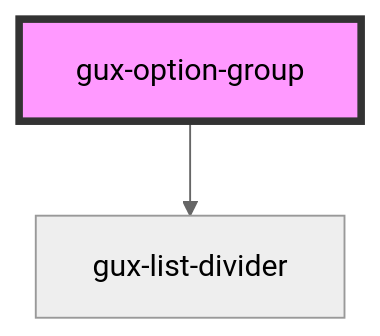
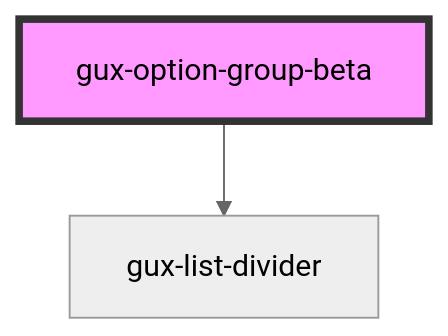
One commit to MyPureCloud/genesys-spark changed the diagram in packages/genesys-spark-components/src/components/stable/gux-listbox/option-group/readme.md. Above: the diagram before and after it, drawn with Mermaid (neutral theme). The commit also changed other lines of this file and 2 other files, not shown here.

````diff
--- a/packages/genesys-spark-components/src/components/stable/gux-listbox/option-group/readme.md
+++ b/packages/genesys-spark-components/src/components/stable/gux-listbox/option-group/readme.md
@@ -30,5 +29,5 @@
 ```mermaid
 graph TD;
-  gux-option-group --> gux-list-divider
-  style gux-option-group fill:#f9f,stroke:#333,stroke-width:4px
+  gux-option-group-beta --> gux-list-divider
+  style gux-option-group-beta fill:#f9f,stroke:#333,stroke-width:4px
 ```
````
